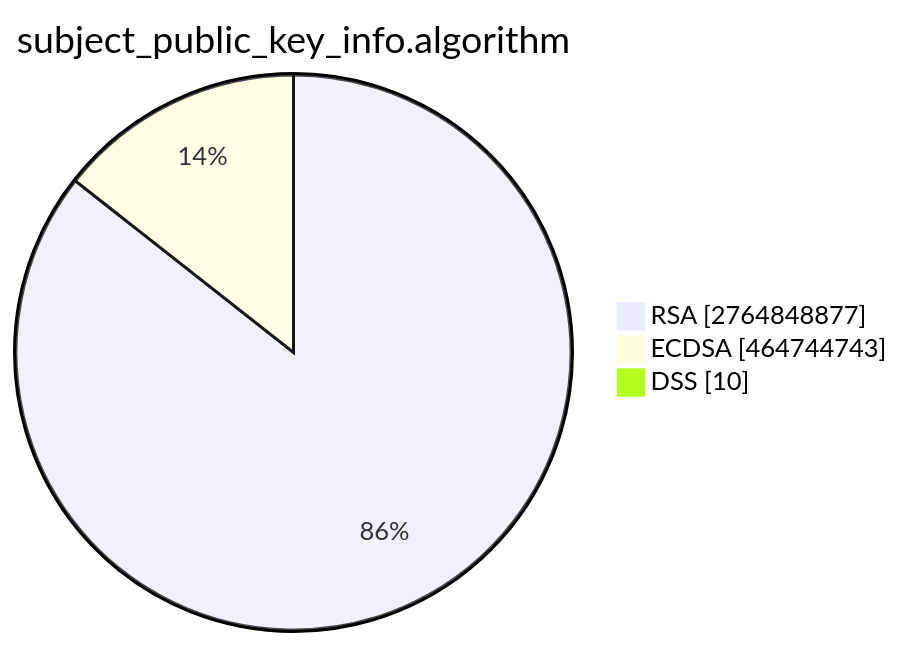
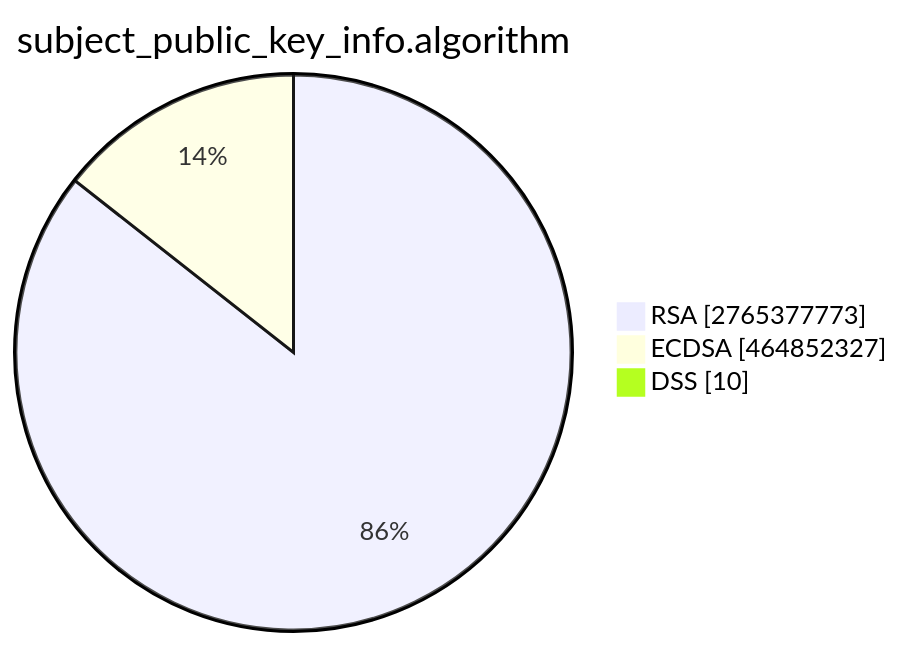
The second of 15 diagrams in TOTAL/README.md (christiankrug/ctmonitor_visualization), drawn with Mermaid before and after one commit. The commit also changed other lines of this file, not shown here.

````diff
--- a/TOTAL/README.md
+++ b/TOTAL/README.md
@@ -6,7 +6,7 @@
 ```mermaid
 pie showData
 title subject_public_key_info.algorithm
-"RSA" :2764848877
-"ECDSA" :464744743
+"RSA" :2765377773
+"ECDSA" :464852327
 "DSS" :10
 ```
````
